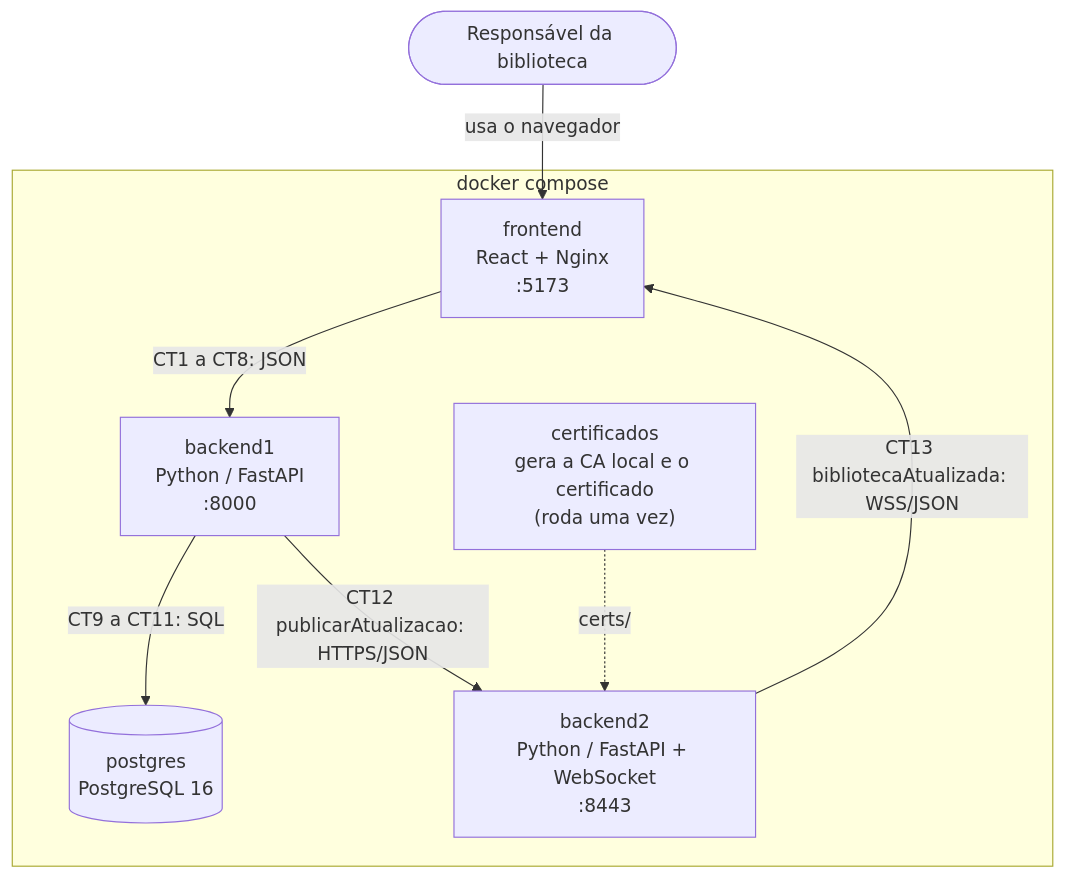
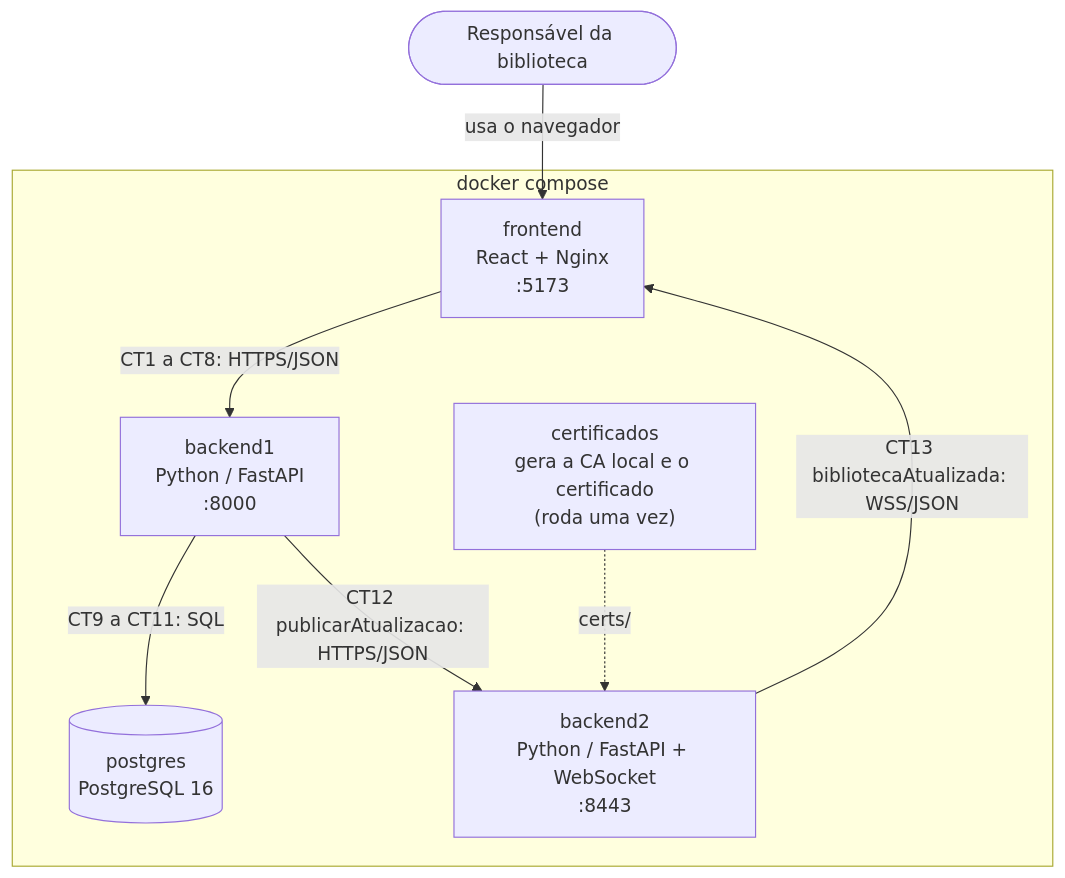
The first of 2 diagrams in docs/documento-de-projeto.md (ElVictron/pi4-0101-g5-backend-1), drawn with Mermaid before and after one commit. The commit also changed other lines of this file, not shown here.

First line of the commit message:
docs: Entrega 1 no documento (objetivos OE1–OE4, fora de escopo, tamanhos) e Backend 1 em HTTPS

````diff
--- a/docs/documento-de-projeto.md
+++ b/docs/documento-de-projeto.md
@@ -190,17 +196,17 @@
 ```mermaid
 flowchart TB
     responsavel([Responsável da biblioteca])
     subgraph sistema [docker compose]
         frontend["frontend<br/>React + Nginx<br/>:5173"]
         backend1["backend1<br/>Python / FastAPI<br/>:8000"]
         banco[("postgres<br/>PostgreSQL 16")]
         backend2["backend2<br/>Python / FastAPI + WebSocket<br/>:8443"]
         certificados["certificados<br/>gera a CA local e o certificado<br/>(roda uma vez)"]
     end
     responsavel -->|usa o navegador| frontend
-    frontend -->|CT1 a CT8: JSON| backend1
+    frontend -->|CT1 a CT8: HTTPS/JSON| backend1
     backend1 -->|CT9 a CT11: SQL| banco
     backend1 -->|CT12 publicarAtualizacao: HTTPS/JSON| backend2
     backend2 -->|CT13 bibliotecaAtualizada: WSS/JSON| frontend
     certificados -.->|certs/| backend2
 ```
````
